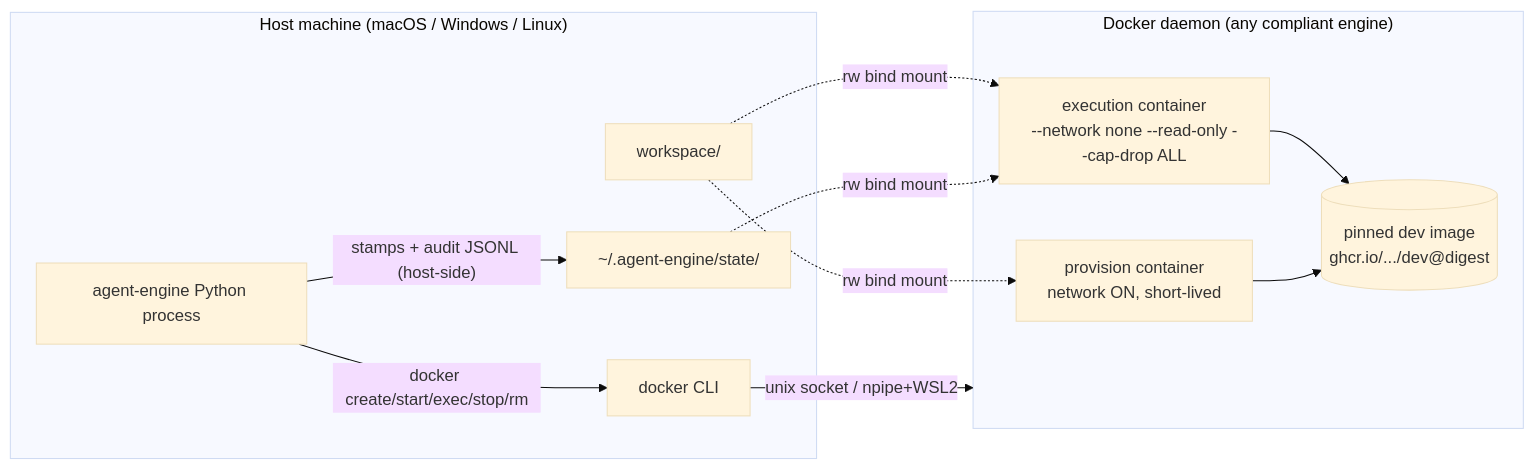
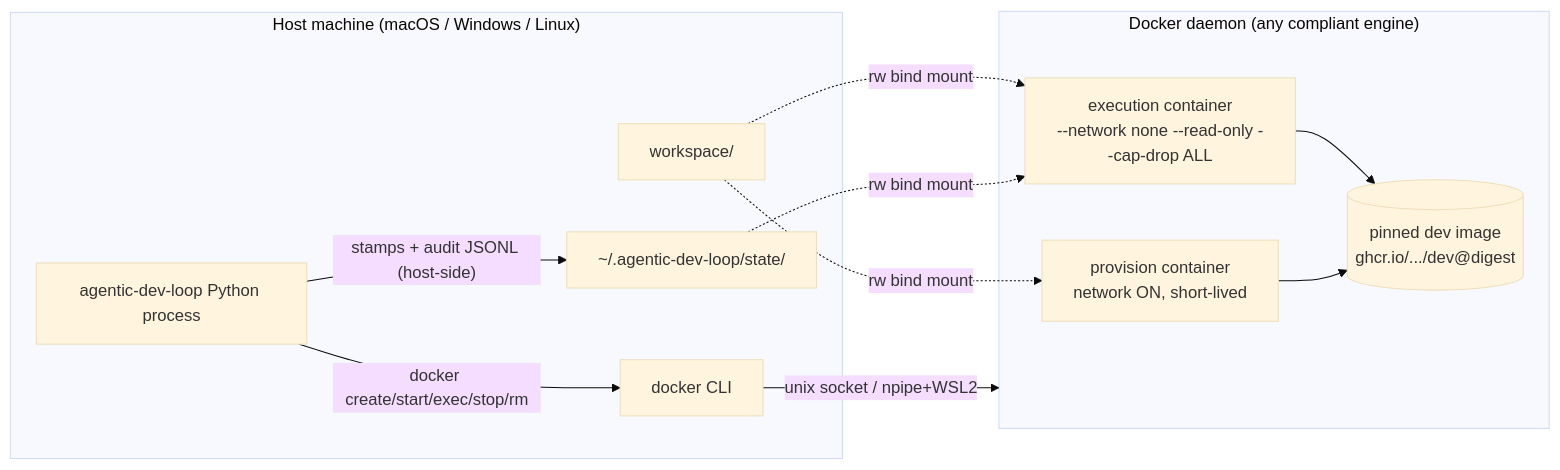
The first of 2 diagrams in aidlc-docs/construction/unit-3/infrastructure-design/deployment-architecture.md (lukedawilson/agent-engine), drawn with Mermaid (base theme) before and after one commit. The commit also changed other lines of this file and 12 other files, not shown here.

````diff
--- a/aidlc-docs/construction/unit-3/infrastructure-design/deployment-architecture.md
+++ b/aidlc-docs/construction/unit-3/infrastructure-design/deployment-architecture.md
@@ -5,22 +5,22 @@
 ```mermaid
 flowchart LR
     subgraph HOST["Host machine (macOS / Windows / Linux)"]
-        AE["agent-engine Python process"]
+        AE["agentic-dev-loop Python process"]
         CLI["docker CLI"]
         WS["workspace/"]
-        SD["~/.agent-engine/state/"]
+        SD["~/.agentic-dev-loop/state/"]
     end
     subgraph DAEMON["Docker daemon (any compliant engine)"]
         IMG[("pinned dev image<br/>ghcr.io/.../dev@digest")]
         EX["execution container<br/>--network none --read-only --cap-drop ALL"]
         PROV["provision container<br/>network ON, short-lived"]
     end
     AE -->|"docker create/start/exec/stop/rm"| CLI
     CLI -->|"unix socket / npipe+WSL2"| DAEMON
     WS -.->|"rw bind mount"| EX
     WS -.->|"rw bind mount"| PROV
     SD -.->|"rw bind mount"| EX
     AE -->|"stamps + audit JSONL (host-side)"| SD
     EX --> IMG
     PROV --> IMG
 ```
````
